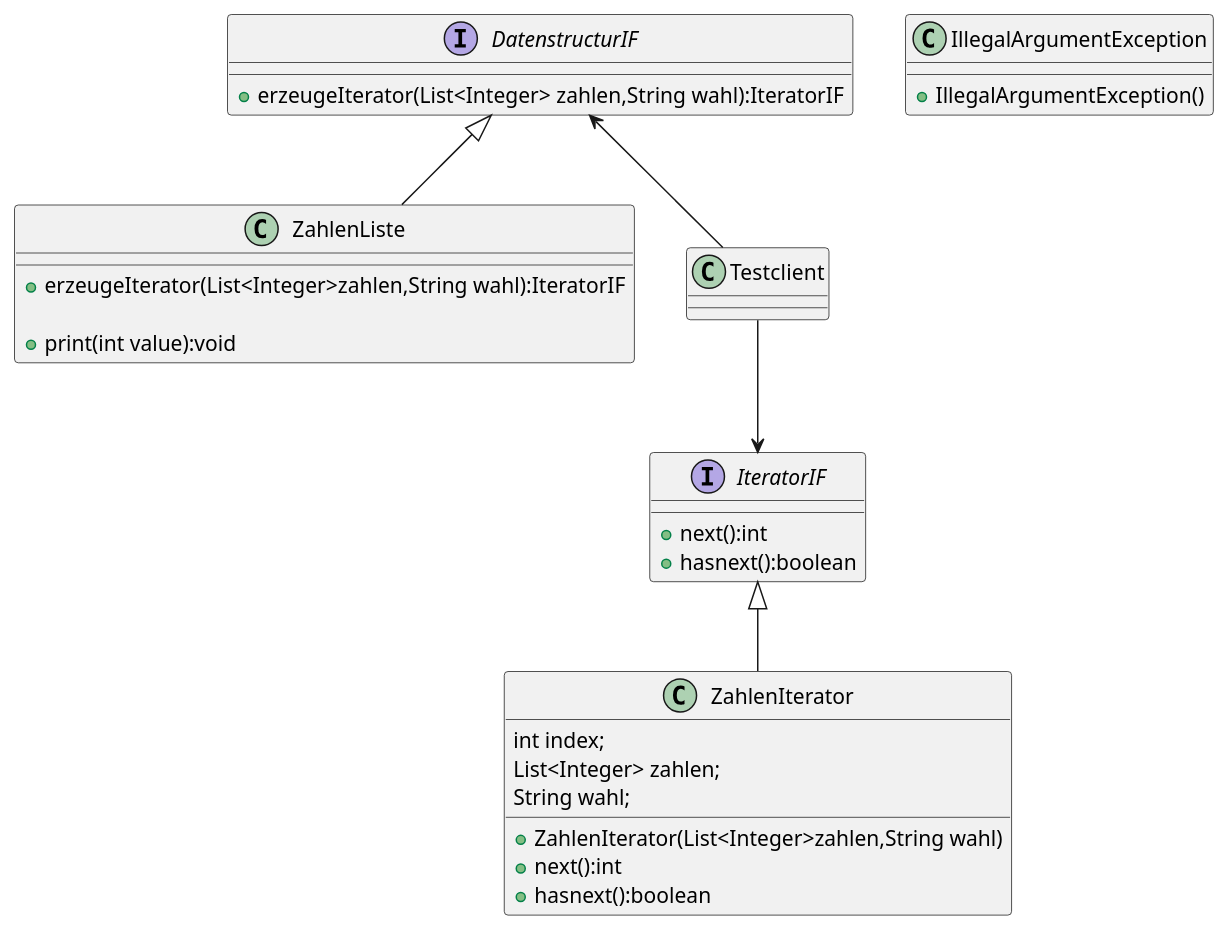
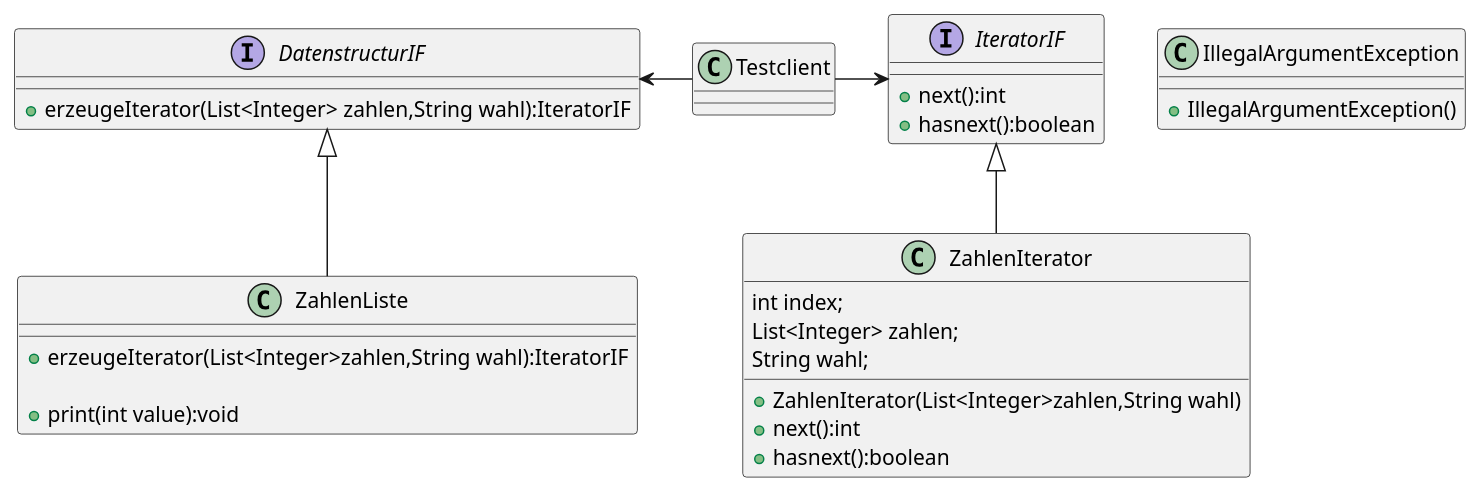
The diagram in src/Exercise8/Zahleniterator/uml_8.1.puml (Preet149/SE1_Team20), drawn with PlantUML before and after one commit. The commit also changed 1 other file, not shown here.

```diff
--- a/src/Exercise8/Zahleniterator/uml_8.1.puml
+++ b/src/Exercise8/Zahleniterator/uml_8.1.puml
@@ -1,47 +1,47 @@
 @startuml
 interface DatenstructurIF{
 
    +erzeugeIterator(List<Integer> zahlen,String wahl):IteratorIF
 }
 
 interface IteratorIF {
 
        +next():int
        +hasnext():boolean
 }
 
 class ZahlenListe{
 
      +erzeugeIterator(List<Integer>zahlen,String wahl):IteratorIF
 
      +print(int value):void
 }
 
 class ZahlenIterator{
 
       int index;
       List<Integer> zahlen;
       String wahl;
 
       +ZahlenIterator(List<Integer>zahlen,String wahl)
       +next():int
       +hasnext():boolean
 
 
 }
 
 class IllegalArgumentException{
 
   +IllegalArgumentException()
 
 }
 
 DatenstructurIF<|--ZahlenListe
 IteratorIF<|--ZahlenIterator
 
-DatenstructurIF<--Testclient
-Testclient-->IteratorIF
+DatenstructurIF<-Testclient
+Testclient->IteratorIF
 
 
 
 @enduml
```
